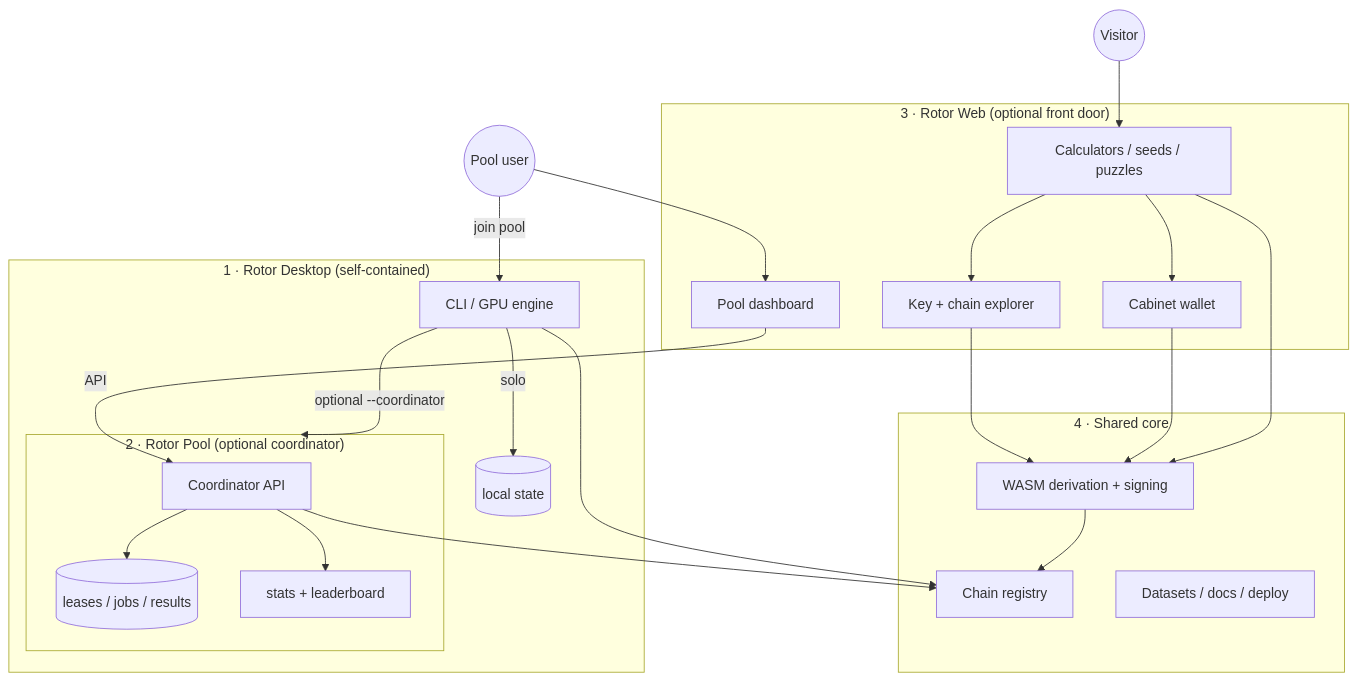
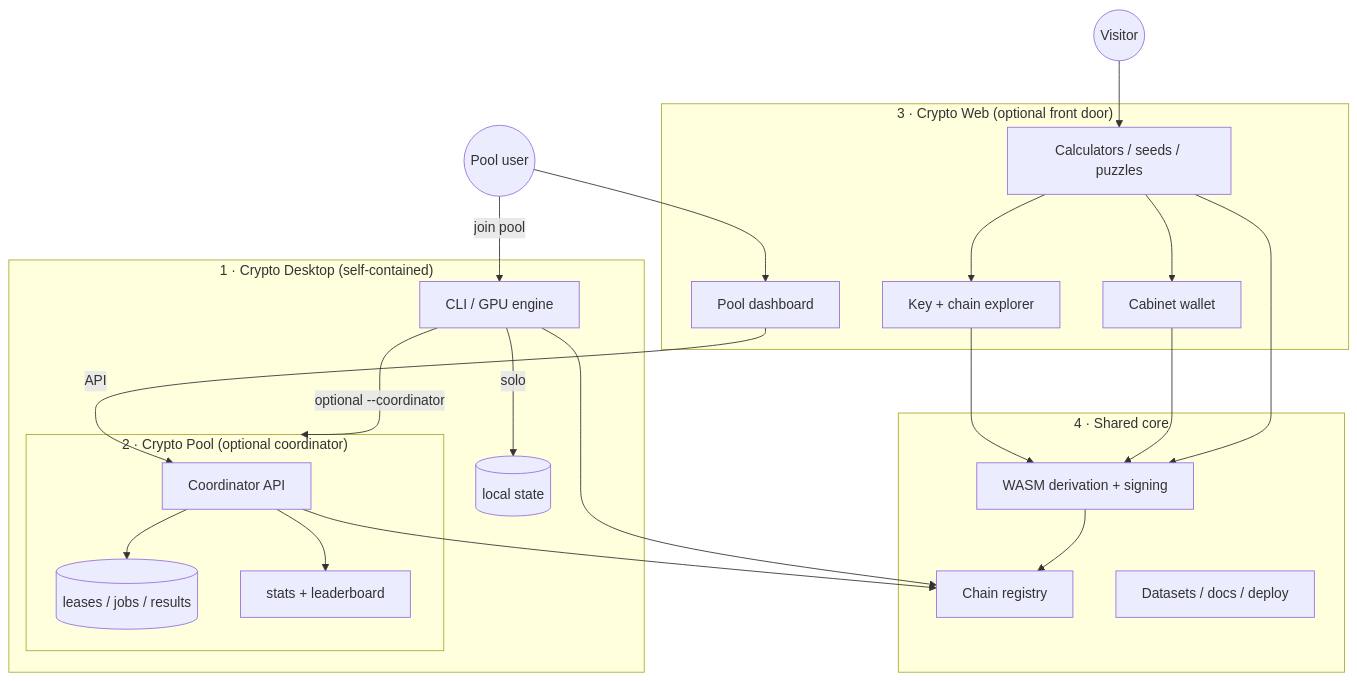
One commit to mytab0r/Rotor-Cuda changed the diagram in docs/architecture.md. Above: the diagram before and after it, drawn with Mermaid. The commit also changed other lines of this file and 37 other files, not shown here.

````diff
--- a/docs/architecture.md
+++ b/docs/architecture.md
@@ -20,40 +20,40 @@
 ```mermaid
 flowchart TB
-  subgraph P1["1 · Rotor Desktop (self-contained)"]
+  subgraph P1["1 · Crypto Desktop (self-contained)"]
     D[CLI / GPU engine]
     D -->|solo| L[(local state)]
     D -->|optional --coordinator| P2
   end
 
-  subgraph P2["2 · Rotor Pool (optional coordinator)"]
+  subgraph P2["2 · Crypto Pool (optional coordinator)"]
     C[Coordinator API]
     C --> S[(leases / jobs / results)]
     C --> ST[stats + leaderboard]
   end
 
-  subgraph P3["3 · Rotor Web (optional front door)"]
+  subgraph P3["3 · Crypto Web (optional front door)"]
     W[Calculators / seeds / puzzles]
     K[Key + chain explorer]
     CAB[Cabinet wallet]
     DASH[Pool dashboard]
   end
 
   subgraph P4["4 · Shared core"]
     WASM[WASM derivation + signing]
     CH[Chain registry]
     DATA[Datasets / docs / deploy]
   end
 
   U1((Visitor)) --> W
   W --> K
   W --> CAB
   U2((Pool user)) --> DASH
   DASH -->|API| C
   U2 -->|join pool| D
   K --> WASM
   CAB --> WASM
   W --> WASM
   D --> CH
   C --> CH
   WASM --> CH
 ```
````
